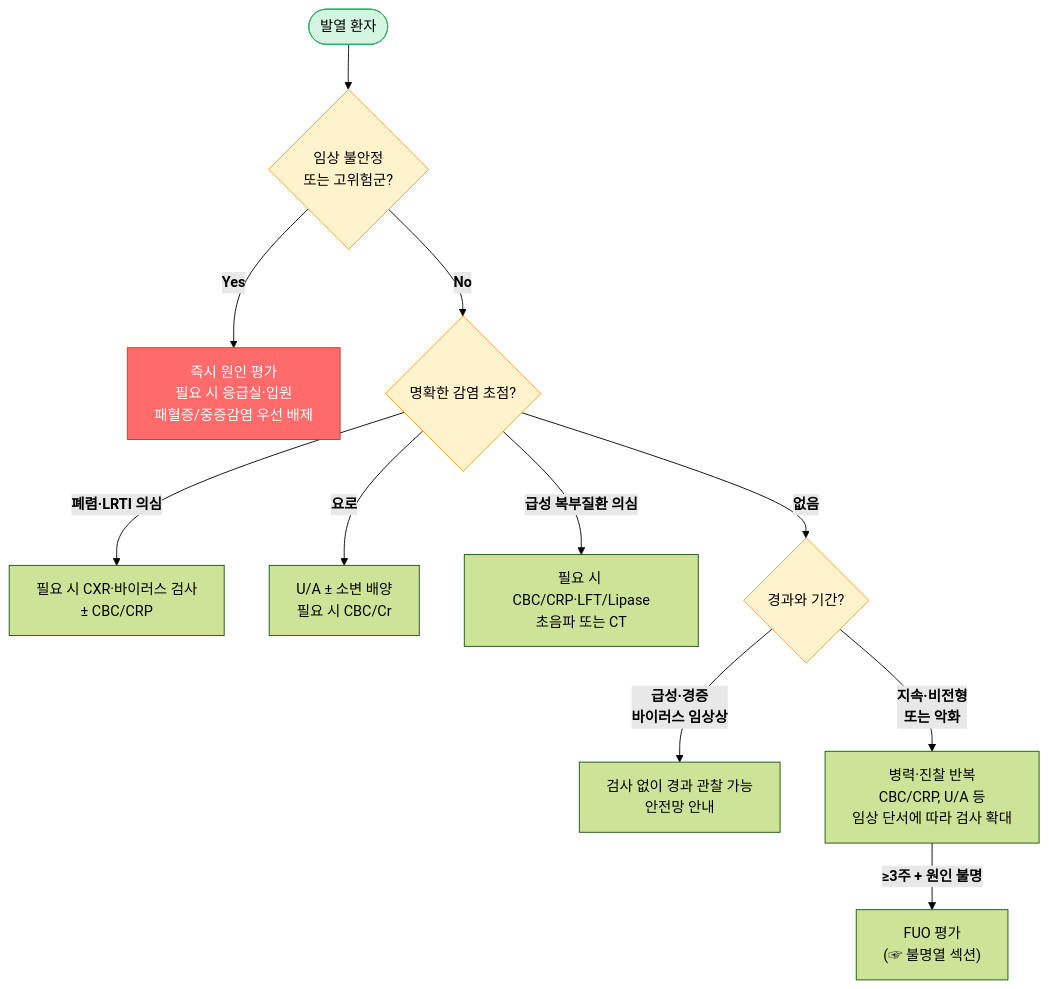
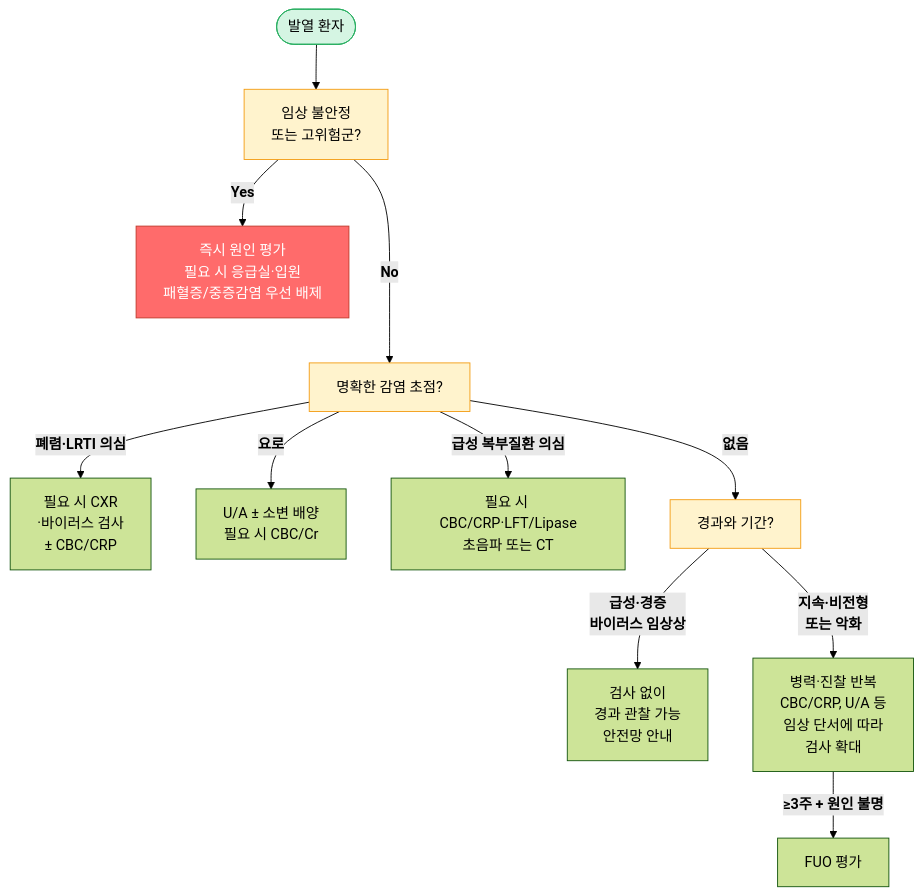
Before and after one commit to familyoh77/familyoh77: the first of 2 diagrams in 220_/011_-fever.md, drawn with Mermaid (forest theme). The commit also changed other lines of this file, not shown here.

````diff
--- a/220_/011_-fever.md
+++ b/220_/011_-fever.md
@@ -140,21 +138,21 @@
 ```mermaid
 graph TD
-    A([발열 환자]) --> B{임상 불안정<br/>또는 고위험군?}
+    A([발열 환자]) --> B[임상 불안정<br/>또는 고위험군?]
     B -->|<b>Yes</b>| C["즉시 원인 평가<br/>필요 시 응급실·입원<br/>패혈증/중증감염 우선 배제"]
-    B -->|<b>No</b>| D{명확한 감염 초점?}
-    D -->|<b>폐렴·LRTI 의심</b>| E["필요 시 CXR·바이러스 검사<br/>± CBC/CRP"]
+    B --->|<b>No</b>| D[명확한 감염 초점?]
+    D -->|<b>폐렴·LRTI 의심</b>| E["필요 시 CXR<br/>·바이러스 검사<br/>± CBC/CRP"]
     D -->|<b>요로</b>| F["U/A ± 소변 배양<br/>필요 시 CBC/Cr"]
     D -->|<b>급성 복부질환 의심</b>| G["필요 시 CBC/CRP·LFT/Lipase<br/>초음파 또는 CT"]
-    D -->|<b>없음</b>| H{경과와 기간?}
-    H -->|"<b>급성·경증<br/>바이러스 임상상</b>"| I["검사 없이 경과 관찰 가능<br/>안전망 안내"]
-    H -->|"<b>지속·비전형<br/>또는 악화</b>"| J["병력·진찰 반복<br/>CBC/CRP, U/A 등<br/>임상 단서에 따라 검사 확대"]
-    J -->|"<b>≥3주 + 원인 불명</b>"| K["FUO 평가<br/>(☞ 불명열 섹션)"]
-
+    D -->|<b>없음</b>| H[경과와 기간?]
+    H -->|"<b>급성·경증<br/>바이러스 임상상</b>"| I["검사 없이 <br/>경과 관찰 가능<br/>안전망 안내"]
+    H -->|"<b>지속·비전형<br/>또는 악화</b>"| J["병력·진찰 반복<br/>CBC/CRP, U/A 등<br/>임상 단서에 따라 <br/>검사 확대"]
+    J -->|"<b>≥3주 + 원인 불명</b>"| K["FUO 평가"]
     classDef green  fill:#d5f5e3,stroke:#27ae60
     classDef red    fill:#ff6b6b,stroke:#c0392b,color:#fff
     classDef yellow fill:#fff3cd,stroke:#f39c12
     class A green
     class C red
     class B,D,H yellow
 
+
 ```
````
